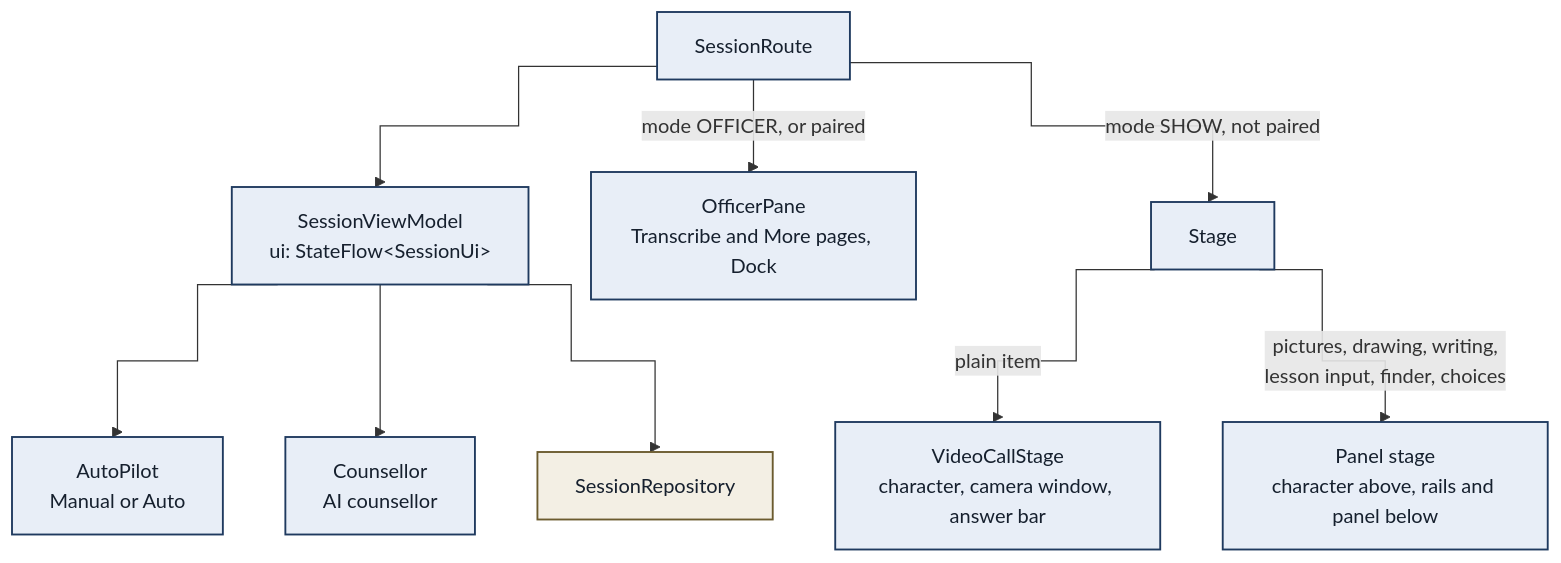
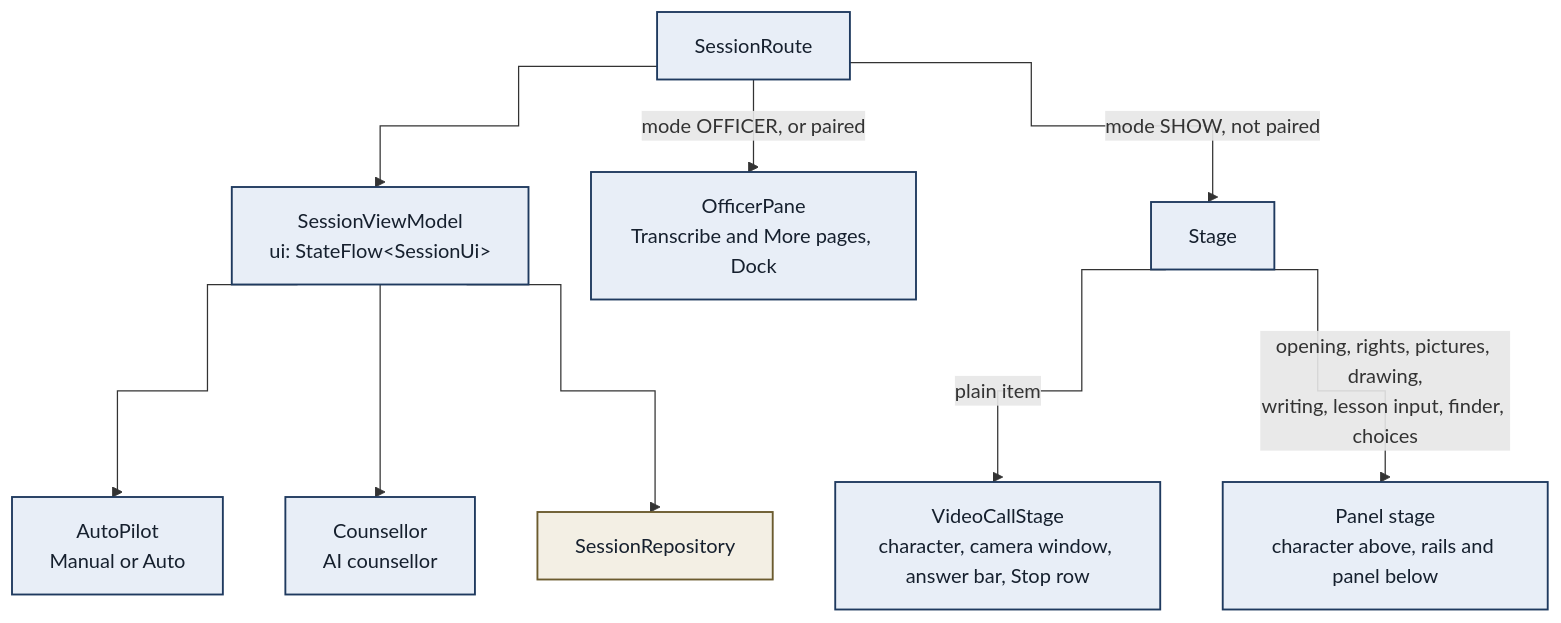
One commit to CiValidator/SScivalidator changed the fourth of 16 diagrams in docs/02-architecture.md. Above: the diagram before and after it, drawn with Mermaid. The commit also changed other lines of this file and 83 other files, not shown here.

````diff
--- a/docs/02-architecture.md
+++ b/docs/02-architecture.md
@@ -142,14 +141,14 @@
 ```mermaid
 %%{init: {"flowchart": {"curve": "step"}}}%%
 flowchart TB
     R["SessionRoute"]:::comp --> VM["SessionViewModel<br/>ui: StateFlow&lt;SessionUi&gt;"]:::comp
     R -- "mode OFFICER, or paired" --> OP["OfficerPane<br/>Transcribe and More pages, Dock"]:::comp
     R -- "mode SHOW, not paired" --> ST["Stage"]:::comp
-    ST -- "plain item" --> VC["VideoCallStage<br/>character, camera window, answer bar"]:::comp
-    ST -- "pictures, drawing, writing,<br/>lesson input, finder, choices" --> PN["Panel stage<br/>character above, rails and panel below"]:::comp
+    ST -- "plain item" --> VC["VideoCallStage<br/>character, camera window, answer bar, Stop row"]:::comp
+    ST -- "opening, rights, pictures, drawing,<br/>writing, lesson input, finder, choices" --> PN["Panel stage<br/>character above, rails and panel below"]:::comp
     VM --> AP["AutoPilot<br/>Manual or Auto"]:::comp
     VM --> CO["Counsellor<br/>AI counsellor"]:::comp
     VM --> REPO["SessionRepository"]:::data
     classDef comp fill:#e8eef7,stroke:#1f3a5f,stroke-width:1.5px,color:#16202e
     classDef data fill:#f3efe4,stroke:#6b5b2e,stroke-width:1.5px,color:#16202e
 ```
````
